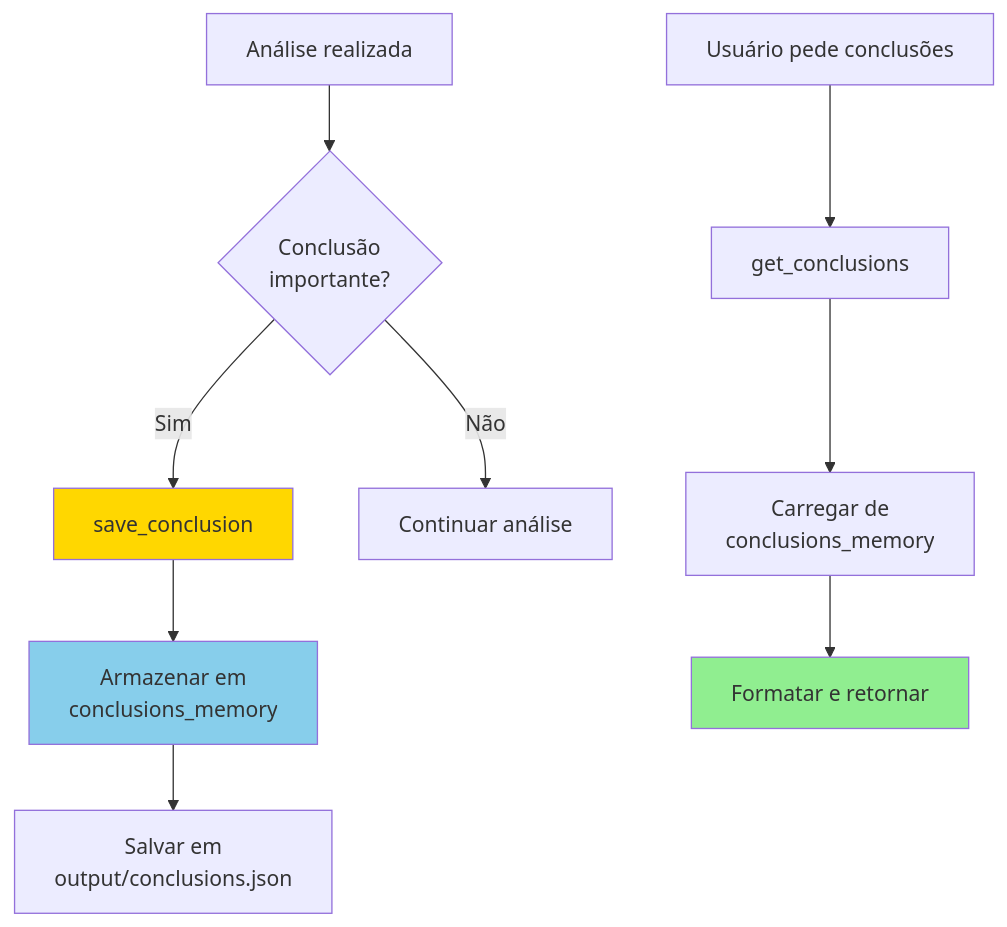
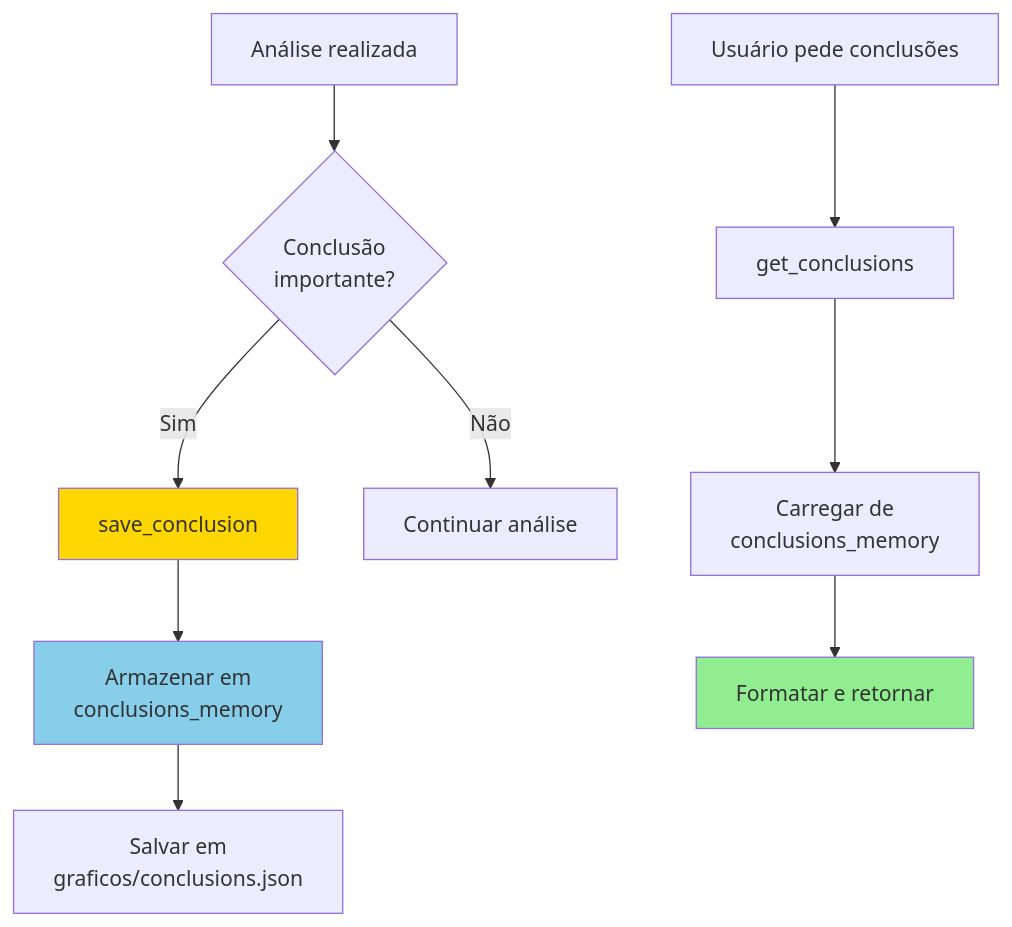
One commit to marviniDev/agent-analyzer-data changed the ninth of 10 diagrams in doc/fluxograma.md. Above: the diagram before and after it, drawn with Mermaid. The commit also changed other lines of this file and 41 other files, not shown here.

````diff
--- a/doc/fluxograma.md
+++ b/doc/fluxograma.md
@@ -203,18 +203,18 @@
 ```mermaid
 flowchart TD
     Analysis[Análise realizada] --> Important{Conclusão<br/>importante?}
     
     Important -->|Sim| Save[save_conclusion]
     Important -->|Não| Continue[Continuar análise]
     
     Save --> Memory[Armazenar em<br/>conclusions_memory]
-    Memory --> File[Salvar em<br/>output/conclusions.json]
+    Memory --> File[Salvar em<br/>graficos/conclusions.json]
     
     UserRequest[Usuário pede conclusões] --> Get[get_conclusions]
     Get --> Load[Carregar de<br/>conclusions_memory]
     Load --> Format[Formatar e retornar]
     
     style Save fill:#FFD700
     style Memory fill:#87CEEB
     style Format fill:#90EE90
 ```
````
